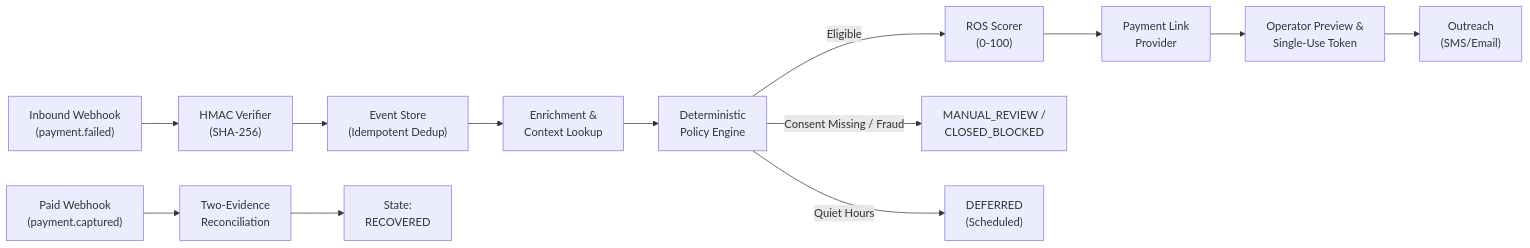
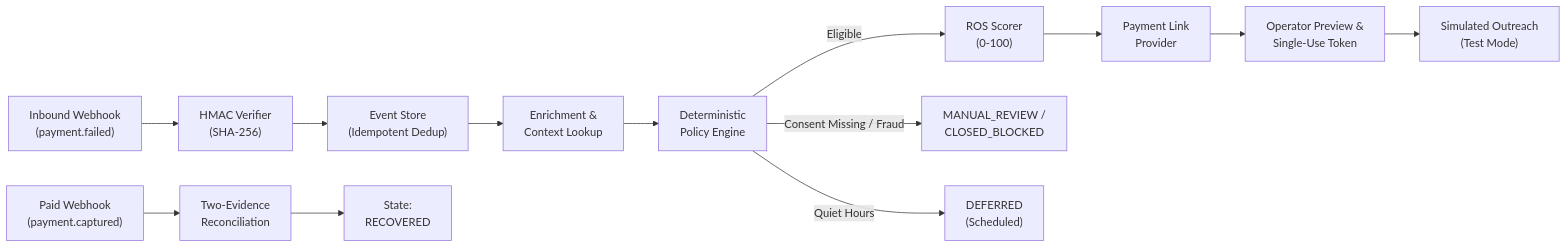
The diagram in README.md (manish930s/retrypay), drawn with Mermaid before and after one commit. The commit also changed other lines of this file and 2 other files, not shown here.

Commit message:
chore(audit): finalize truthfulness labels, test mode disclosures, and clean exit handling

````diff
--- a/README.md
+++ b/README.md
@@ -30,15 +30,15 @@
 ```mermaid
 flowchart LR
     A["Inbound Webhook\n(payment.failed)"] --> B["HMAC Verifier\n(SHA-256)"]
     B --> C["Event Store\n(Idempotent Dedup)"]
+    D --> E["Deterministic\nPolicy Engine"]
     C --> D["Enrichment &\nContext Lookup"]
-    D --> E["Deterministic\nPolicy Engine"]
     E -->|Eligible| F["ROS Scorer\n(0-100)"]
     E -->|Consent Missing / Fraud| G["MANUAL_REVIEW /\nCLOSED_BLOCKED"]
     E -->|Quiet Hours| H["DEFERRED\n(Scheduled)"]
     F --> I["Payment Link\nProvider"]
     I --> J["Operator Preview &\nSingle-Use Token"]
-    J --> K["Outreach\n(SMS/Email)"]
+    J --> K["Simulated Outreach\n(Test Mode)"]
     L["Paid Webhook\n(payment.captured)"] --> M["Two-Evidence\nReconciliation"]
     M --> N["State:\nRECOVERED"]
 ```
````
